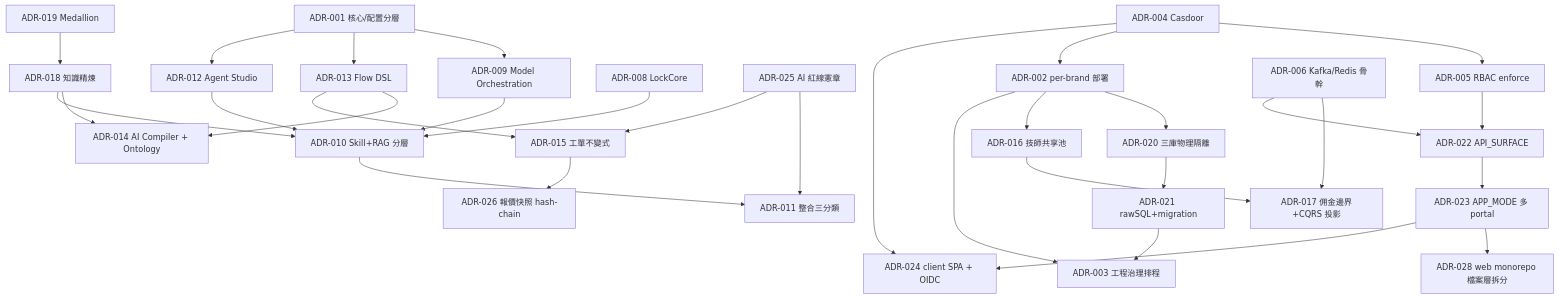
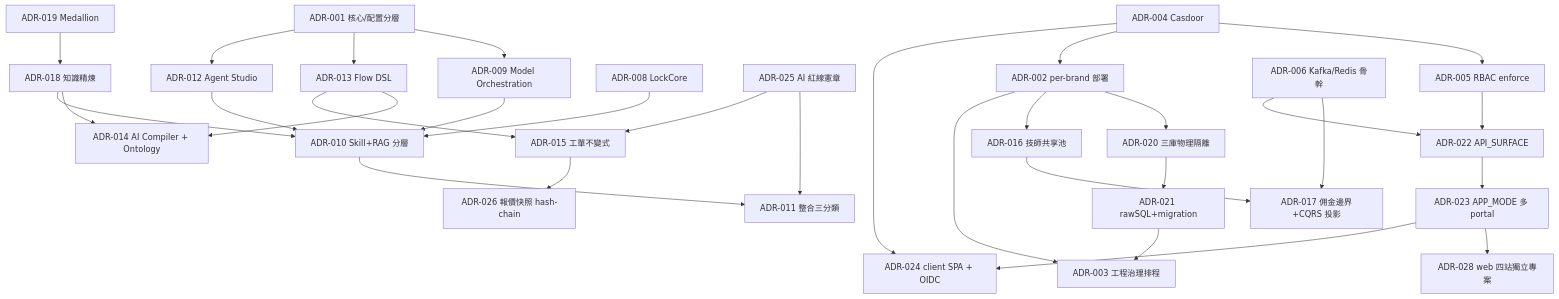
One commit to sunnyDataScience/Smart-Lock_AI_Support_Service_Dispatch_SaaS_Platform changed the diagram in smartlock-docs/enterprise/14_ADR/00_INDEX.md. Above: the diagram before and after it, drawn with Mermaid. The commit also changed other lines of this file and 763 other files, not shown here.

````diff
--- a/smartlock-docs/enterprise/14_ADR/00_INDEX.md
+++ b/smartlock-docs/enterprise/14_ADR/00_INDEX.md
@@ -68,33 +68,33 @@
 ```mermaid
 graph TD
   A001[ADR-001 核心/配置分層] --> A009[ADR-009 Model Orchestration]
   A001 --> A013[ADR-013 Flow DSL]
   A001 --> A012[ADR-012 Agent Studio]
   A013 --> A014[ADR-014 AI Compiler + Ontology]
   A013 --> A015[ADR-015 工單不變式]
   A018[ADR-018 知識精煉] --> A014
   A019[ADR-019 Medallion] --> A018
   A018 --> A010[ADR-010 Skill+RAG 分層]
   A009 --> A010
   A008[ADR-008 LockCore] --> A010
   A010 --> A011[ADR-011 整合三分類]
   A025[ADR-025 AI 紅線憲章] --> A011
   A025 --> A015
   A012 --> A010
   A004[ADR-004 Casdoor] --> A005[ADR-005 RBAC enforce]
   A004 --> A002[ADR-002 per-brand 部署]
   A002 --> A020[ADR-020 三庫物理隔離]
   A002 --> A016[ADR-016 技師共享池]
   A016 --> A017[ADR-017 佣金邊界+CQRS 投影]
   A006[ADR-006 Kafka/Redis 骨幹] --> A017
   A006 --> A022[ADR-022 API_SURFACE]
   A020 --> A021[ADR-021 rawSQL+migration]
   A021 --> A003[ADR-003 工程治理排程]
   A002 --> A003
   A005 --> A022
   A022 --> A023[ADR-023 APP_MODE 多 portal]
-  A023 --> A028[ADR-028 web monorepo 檔案層拆分]
+  A023 --> A028[ADR-028 web 四站獨立專案]
   A004 --> A024[ADR-024 client SPA + OIDC]
   A023 --> A024
   A015 --> A026[ADR-026 報價快照 hash-chain]
 ```
````
